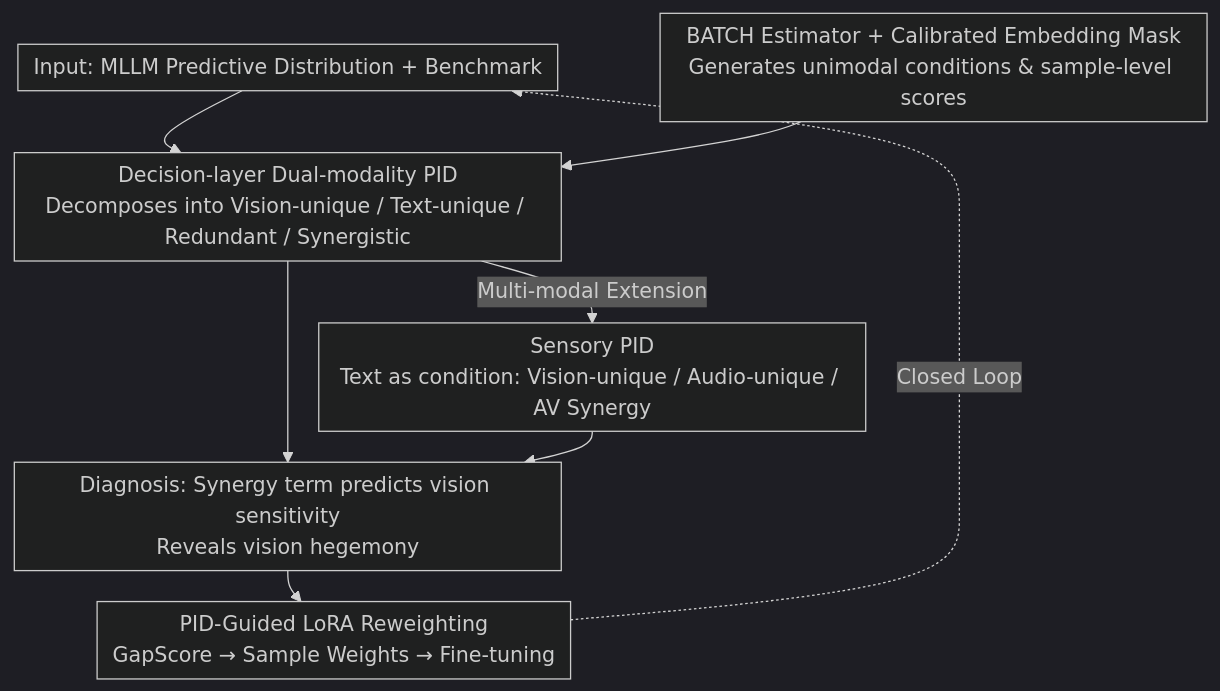
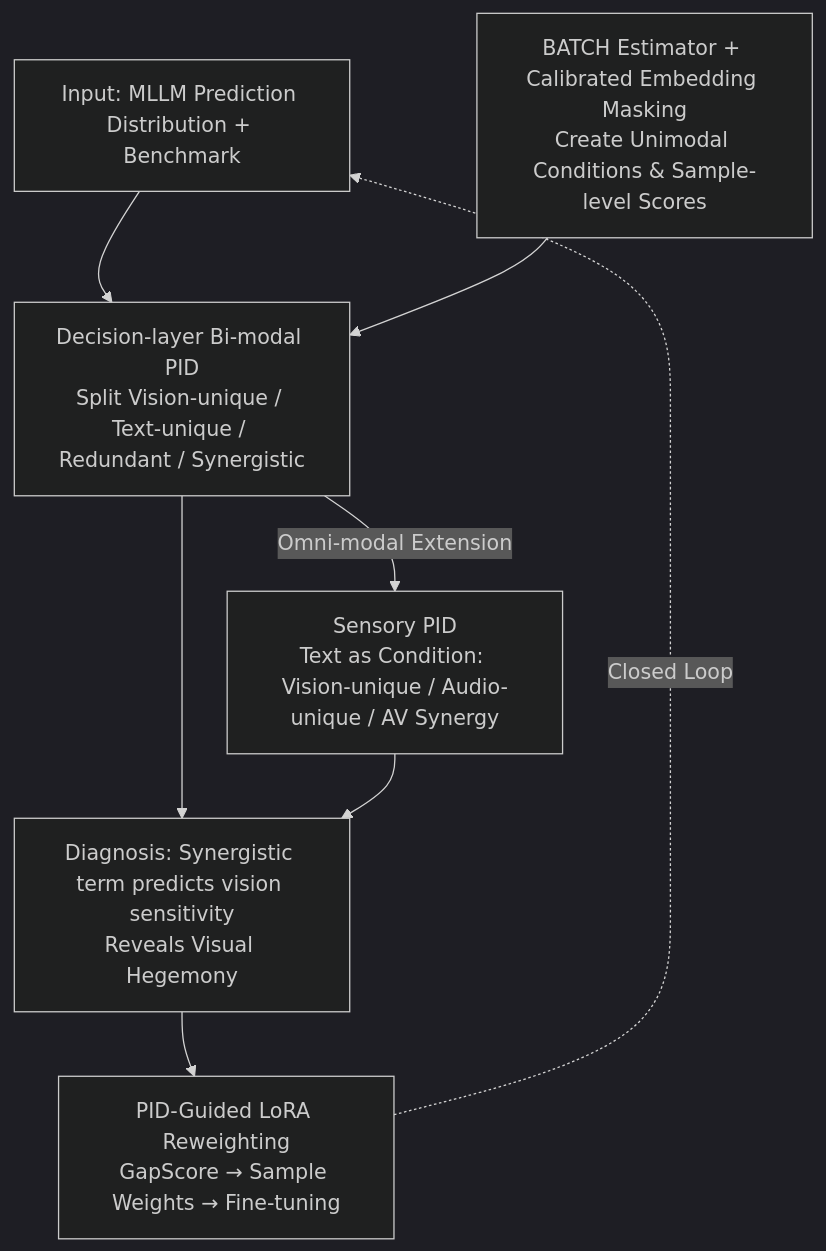
The diagram in docs/ICML2026/audio_speech/towards_understanding_modality_interaction_in_multimodal_language_models_via_par.md (zhaoyang97/Paper-Notes-en), drawn with Mermaid (dark theme) before and after one commit. The commit also changed other lines of this file and 5084 other files, not shown here.

````diff
--- a/docs/ICML2026/audio_speech/towards_understanding_modality_interaction_in_multimodal_language_models_via_par.md
+++ b/docs/ICML2026/audio_speech/towards_understanding_modality_interaction_in_multimodal_language_models_via_par.md
@@ -44,17 +44,16 @@
 ```mermaid
-%%{init: {'flowchart': {'rankSpacing': 24, 'nodeSpacing': 28, 'padding': 6, 'wrappingWidth': 400}}}%%
-flowchart TD
-    IN["Input: MLLM Predictive Distribution + Benchmark"]
-    EST["BATCH Estimator + Calibrated Embedding Mask<br/>Generates unimodal conditions & sample-level scores"]
-    P1["Decision-layer Dual-modality PID<br/>Decomposes into Vision-unique / Text-unique / Redundant / Synergistic"]
-    P2["Sensory PID<br/>Text as condition: Vision-unique / Audio-unique / AV Synergy"]
-    DIAG["Diagnosis: Synergy term predicts vision sensitivity<br/>Reveals vision hegemony"]
+graph TD
+    IN["Input: MLLM Prediction Distribution + Benchmark"]
+    EST["BATCH Estimator + Calibrated Embedding Masking<br/>Create Unimodal Conditions & Sample-level Scores"]
+    P1["Decision-layer Bi-modal PID<br/>Split Vision-unique / Text-unique / Redundant / Synergistic"]
+    P2["Sensory PID<br/>Text as Condition: Vision-unique / Audio-unique / AV Synergy"]
+    DIAG["Diagnosis: Synergistic term predicts vision sensitivity<br/>Reveals Visual Hegemony"]
     LORA["PID-Guided LoRA Reweighting<br/>GapScore → Sample Weights → Fine-tuning"]
     IN --> P1
     EST --> P1
-    P1 -->|Multi-modal Extension| P2
+    P1 -->|Omni-modal Extension| P2
     P1 --> DIAG
     P2 --> DIAG
     DIAG --> LORA
     LORA -.Closed Loop.-> IN
 ```
````
